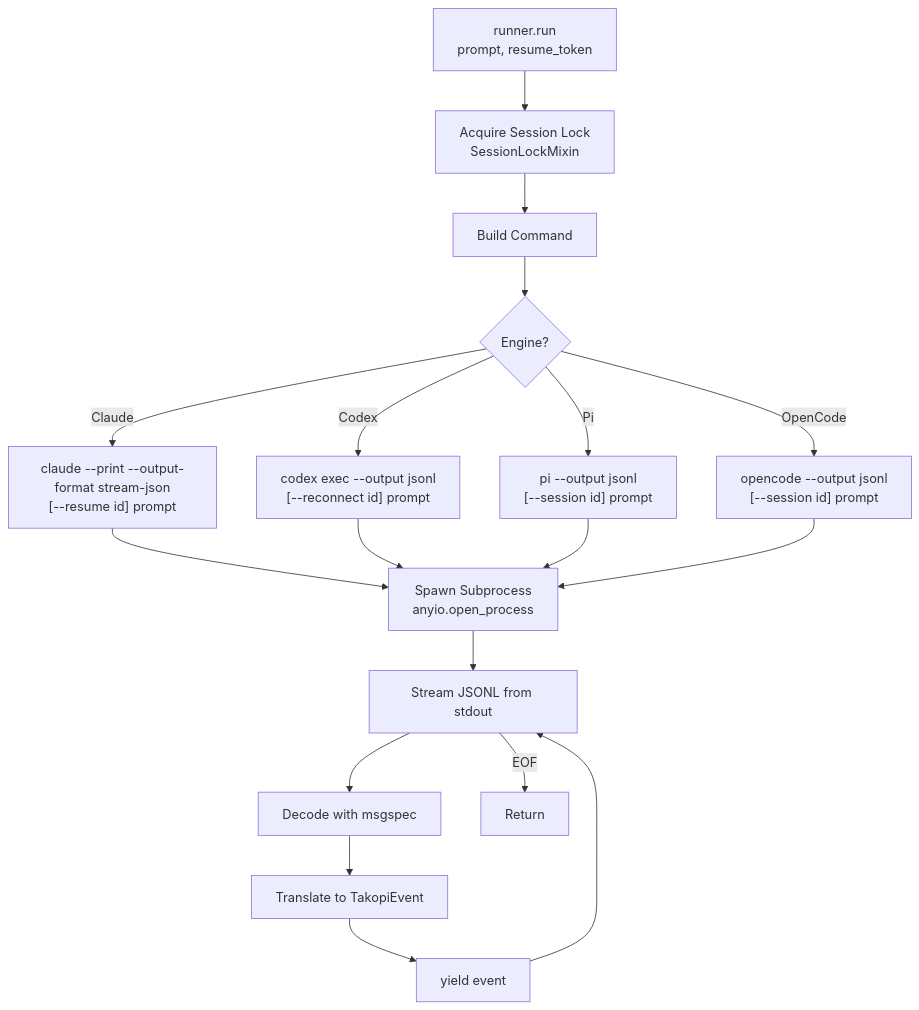
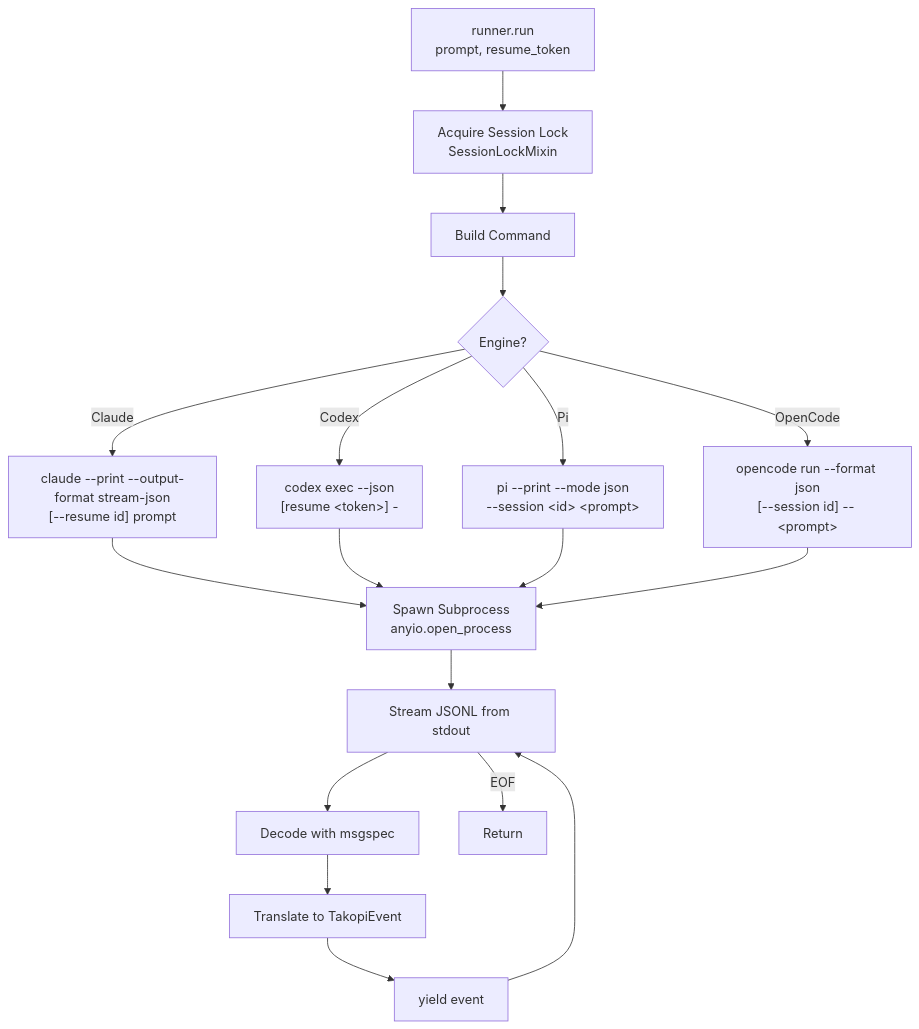
One commit to banteg/takopi changed the fourth of 8 diagrams in docs/architecture.md. Above: the diagram before and after it, drawn with Mermaid. The commit also changed other lines of this file and 3 other files, not shown here.

````diff
--- a/docs/architecture.md
+++ b/docs/architecture.md
@@ -197,26 +197,26 @@
 ```mermaid
 flowchart TD
     A[runner.run\nprompt, resume_token] --> B[Acquire Session Lock<br/>SessionLockMixin]
 
     B --> C[Build Command]
 
     C --> D{Engine?}
     D -->|Claude| D1["claude --print --output-format stream-json<br/>[--resume id] prompt"]
-    D -->|Codex| D2["codex exec --output jsonl<br/>[--reconnect id] prompt"]
-    D -->|Pi| D3["pi --output jsonl<br/>[--session id] prompt"]
-    D -->|OpenCode| D4["opencode --output jsonl<br/>[--session id] prompt"]
+    D -->|Codex| D2["codex exec --json<br/>[resume &lt;token&gt;] -"]
+    D -->|Pi| D3["pi --print --mode json<br/>--session &lt;id&gt; &lt;prompt&gt;"]
+    D -->|OpenCode| D4["opencode run --format json<br/>[--session id] -- &lt;prompt&gt;"]
 
     D1 --> E[Spawn Subprocess<br/>anyio.open_process]
     D2 --> E
     D3 --> E
     D4 --> E
 
     E --> F[Stream JSONL from stdout]
 
     F --> G[Decode with msgspec]
     G --> H[Translate to TakopiEvent]
     H --> I[yield event]
     I --> F
 
     F -->|EOF| J[Return]
 ```
````
